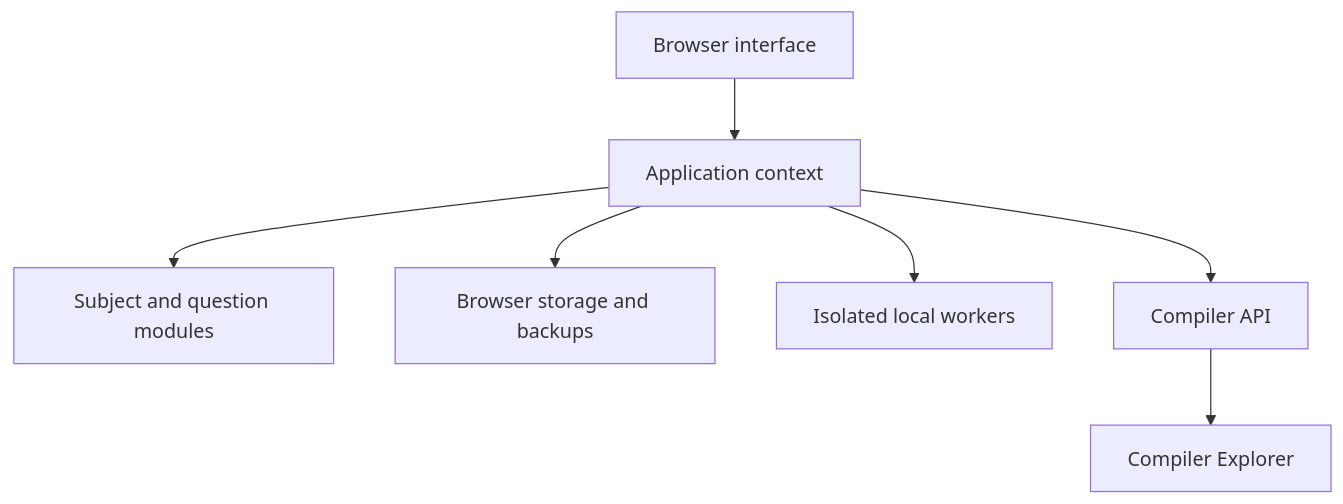
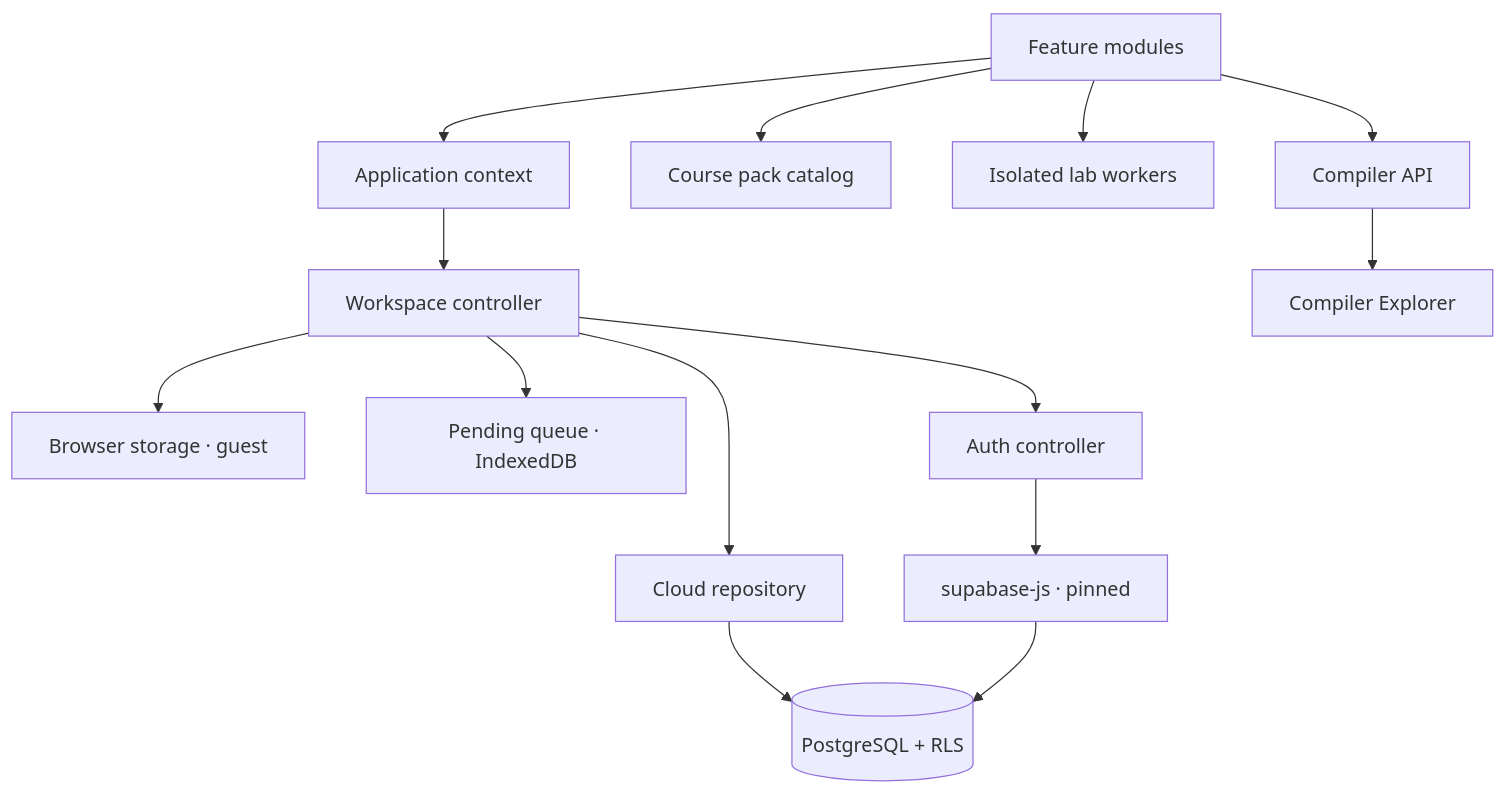
One commit to tiwariraman884/studySprint changed the diagram in docs/ARCHITECTURE.md. Above: the diagram before and after it, drawn with Mermaid. The commit also changed other lines of this file and 21 other files, not shown here.

````diff
--- a/docs/ARCHITECTURE.md
+++ b/docs/ARCHITECTURE.md
@@ -5,9 +6,16 @@
 ```mermaid
 flowchart TD
-  UI[Browser interface] --> App[Application context]
-  App --> Content[Subject and question modules]
-  App --> Store[Browser storage and backups]
-  App --> Local[Isolated local workers]
-  App --> API[Compiler API]
+  UI[Feature modules] --> CTX[Application context]
+  CTX --> WS[Workspace controller]
+  WS --> Guest[Browser storage · guest]
+  WS --> Queue[Pending queue · IndexedDB]
+  WS --> Remote[Cloud repository]
+  WS --> Auth[Auth controller]
+  Auth --> SDK[supabase-js · pinned]
+  Remote --> DB[(PostgreSQL + RLS)]
+  SDK --> DB
+  UI --> Content[Course pack catalog]
+  UI --> Local[Isolated lab workers]
+  UI --> API[Compiler API]
   API --> CE[Compiler Explorer]
 ```
````
